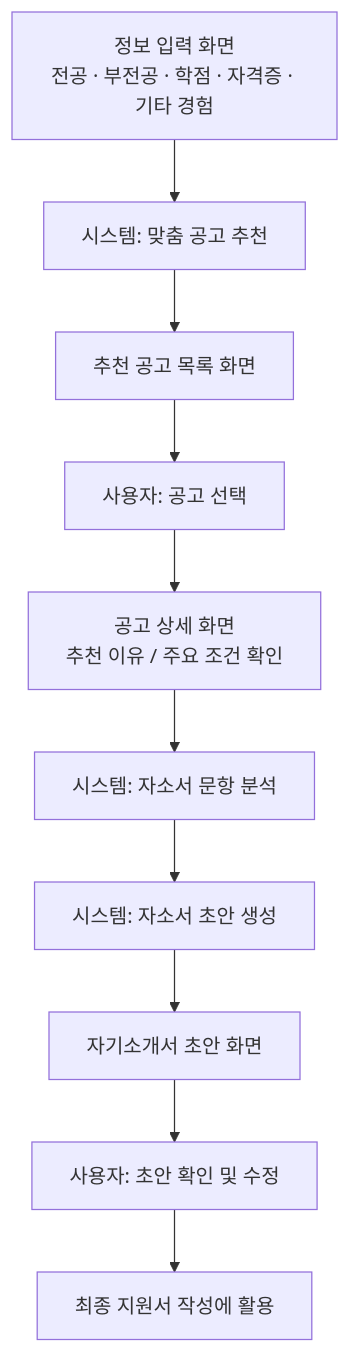
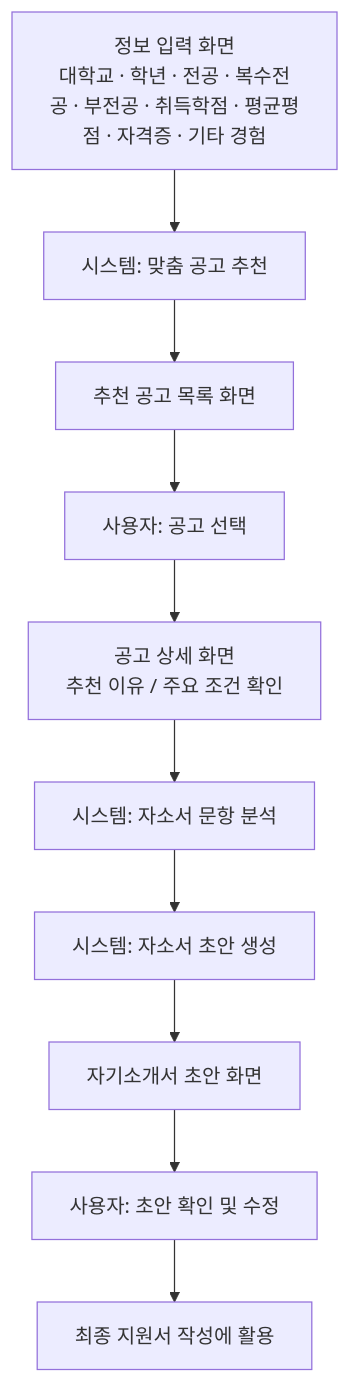
Before and after one commit to Mureung1/hub-showcase: the first of 3 diagrams in docs/prototype/wireframe.md, drawn with Mermaid. The commit also changed other lines of this file and 16 other files, not shown here.

````diff
--- a/docs/prototype/wireframe.md
+++ b/docs/prototype/wireframe.md
@@ -10,13 +10,13 @@
 ```mermaid
 flowchart TD
-    A["정보 입력 화면<br/>전공 · 부전공 · 학점 · 자격증 · 기타 경험"] --> B[시스템: 맞춤 공고 추천]
+    A["정보 입력 화면<br/>대학교 · 학년 · 전공 · 복수전공 · 부전공 · 취득학점 · 평균평점 · 자격증 · 기타 경험"] --> B[시스템: 맞춤 공고 추천]
     B --> C[추천 공고 목록 화면]
     C --> D[사용자: 공고 선택]
     E["공고 상세 화면<br/>추천 이유 / 주요 조건 확인"]
     D --> E
     E --> F[시스템: 자소서 문항 분석]
     F --> G[시스템: 자소서 초안 생성]
     G --> H[자기소개서 초안 화면]
     H --> I[사용자: 초안 확인 및 수정]
     I --> J[최종 지원서 작성에 활용]
 ```
````
